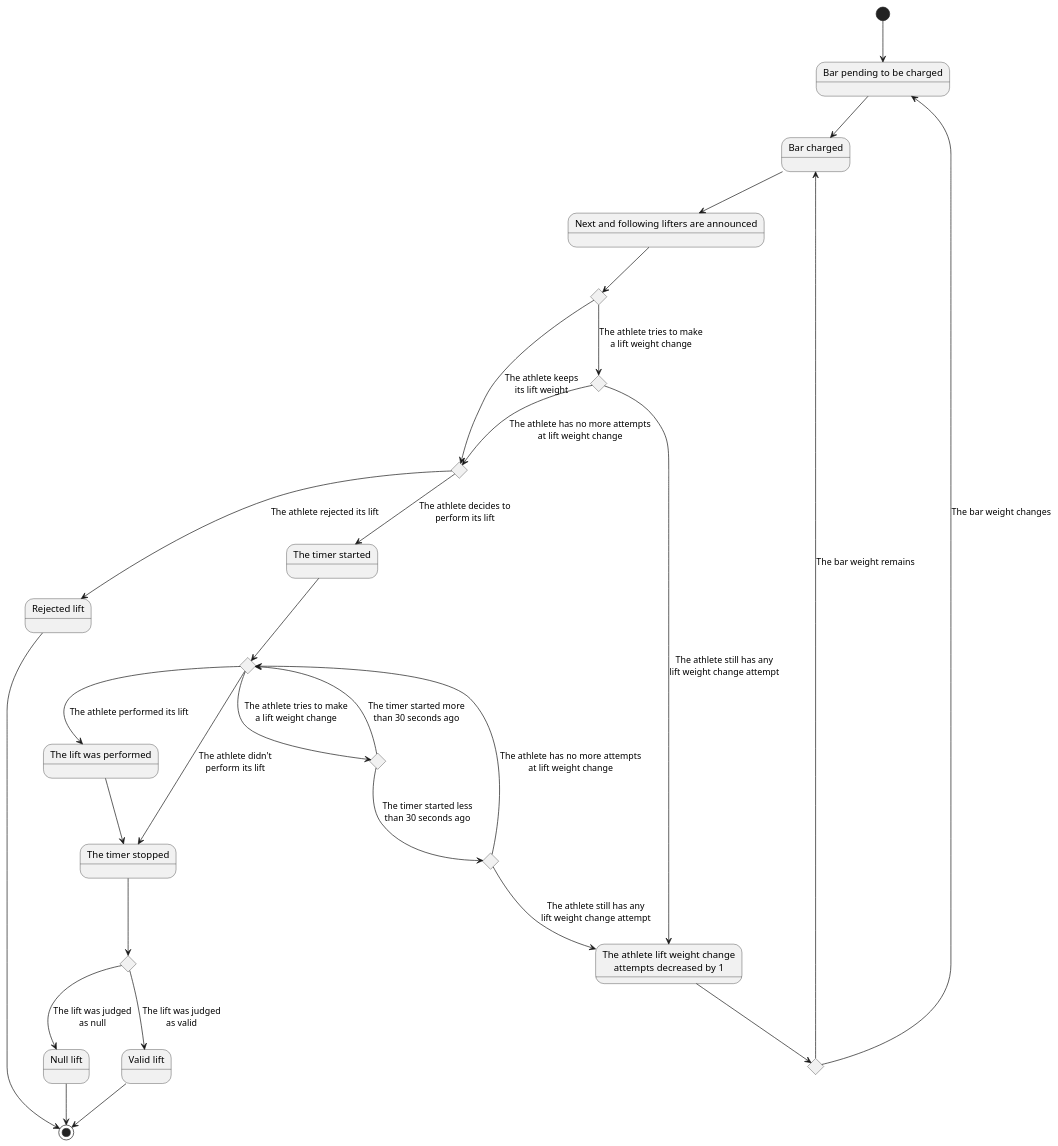
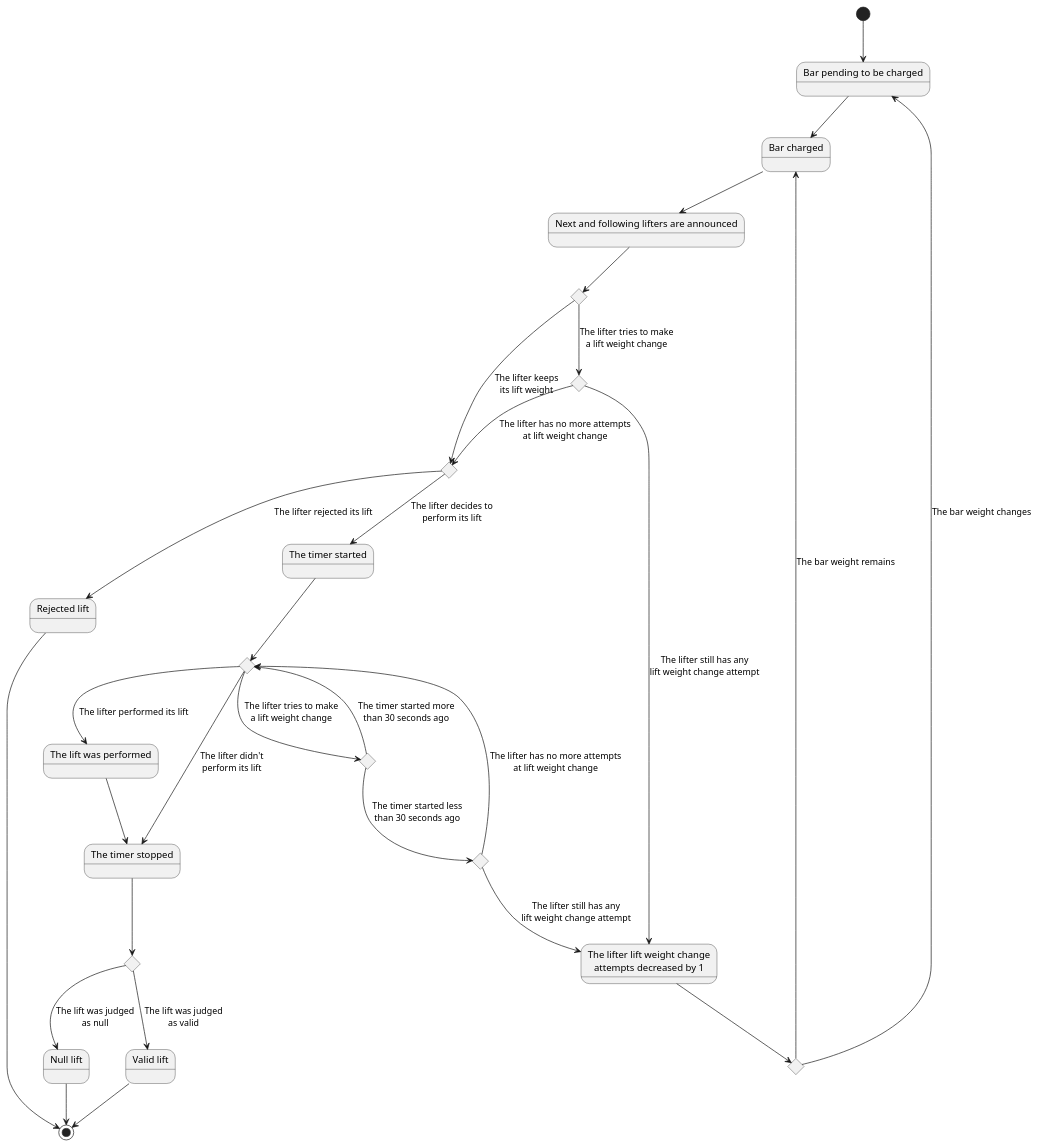
One commit to zuldare/mastercloud_pfm_halterocms changed the diagram in diagrams/states/3-iterationStates.puml. Above: the diagram before and after it, drawn with PlantUML.

Commit message:
Rename athletes to lifters

```diff
--- a/diagrams/states/3-iterationStates.puml
+++ b/diagrams/states/3-iterationStates.puml
@@ -1,88 +1,88 @@
 @startuml
 
 ''''''''''''''''''''''''''''''
 ''
 '' STATES AND CHOICES
 '' '' ''
 
 state "Bar pending to be charged" as BarPendingToBeCharged
 state "Bar charged" as ChargedBar 
 state "Next and following lifters are announced" as NextAndFollowingLiftersAnnounced
 
 state "Was there a change in the lift weight?" as ChangeInLiftWeightCHC <<choice>>
-state "Does the athlete have any lift weight change attempt?" as AnyChangeAttemptCHC <<choice>>
+state "Does the lifter have any lift weight change attempt?" as AnyChangeAttemptCHC <<choice>>
 
-state "The athlete lift weight change\nattempts decreased by 1" as AttemptsDecreased
+state "The lifter lift weight change\nattempts decreased by 1" as AttemptsDecreased
 state "Does the bar weight remain?" as BarWeightRemainsCHC <<choice>>
-state "Does the athlete decide to perform its lift?" as IsLiftGoingToBeRejectedCHC <<choice>>
+state "Does the lifter decide to perform its lift?" as IsLiftGoingToBeRejectedCHC <<choice>>
 
 state "The timer started" as TimerStarted
-state "Did the athlete perform its lift?" as WasLiftPerformedCHC <<choice>>
+state "Did the lifter perform its lift?" as WasLiftPerformedCHC <<choice>>
 state "Was there a change in the lift weight?" as ChangeInLiftWeightAfterTimerCHC <<choice>>
-state "Does the athlete have any lift weight change attempt?" as AnyChangeAttemptAfterTimerCHC <<choice>>
+state "Does the lifter have any lift weight change attempt?" as AnyChangeAttemptAfterTimerCHC <<choice>>
 
 state "The lift was performed" as LiftWasPerformed
 state "The timer stopped" as TimerStopped
 state "Rejected lift" as RejectedLift
 
 state "Was the lift valid?" as WasLiftValidCHC <<choice>>
 state "Valid lift" as ValidLift
 state "Null lift" as NullLift
 
 ''''''''''''''''''''''''''''''
 ''
 '' TRANSITIONS
 ''
 
 [*] --> BarPendingToBeCharged
 
 BarPendingToBeCharged --> ChargedBar
 ChargedBar --> NextAndFollowingLiftersAnnounced
 
 ''
-'' When athletes are announced:
+'' When lifters are announced:
 ''
 
 NextAndFollowingLiftersAnnounced --> ChangeInLiftWeightCHC
-ChangeInLiftWeightCHC --> AnyChangeAttemptCHC : The athlete tries to make\na lift weight change
-AnyChangeAttemptCHC --> IsLiftGoingToBeRejectedCHC : The athlete has no more attempts\nat lift weight change
-AnyChangeAttemptCHC --> AttemptsDecreased : The athlete still has any\nlift weight change attempt
+ChangeInLiftWeightCHC --> AnyChangeAttemptCHC : The lifter tries to make\na lift weight change
+AnyChangeAttemptCHC --> IsLiftGoingToBeRejectedCHC : The lifter has no more attempts\nat lift weight change
+AnyChangeAttemptCHC --> AttemptsDecreased : The lifter still has any\nlift weight change attempt
 
 AttemptsDecreased --> BarWeightRemainsCHC
 BarWeightRemainsCHC --> ChargedBar : The bar weight remains
 BarWeightRemainsCHC --> BarPendingToBeCharged : The bar weight changes
 
-ChangeInLiftWeightCHC --> IsLiftGoingToBeRejectedCHC : The athlete keeps\nits lift weight
-IsLiftGoingToBeRejectedCHC --> TimerStarted : The athlete decides to\nperform its lift
-IsLiftGoingToBeRejectedCHC --> RejectedLift : The athlete rejected its lift
+ChangeInLiftWeightCHC --> IsLiftGoingToBeRejectedCHC : The lifter keeps\nits lift weight
+IsLiftGoingToBeRejectedCHC --> TimerStarted : The lifter decides to\nperform its lift
+IsLiftGoingToBeRejectedCHC --> RejectedLift : The lifter rejected its lift
 RejectedLift --> [*]
 
 ''
 '' When timer started:
 ''
 
 TimerStarted --> WasLiftPerformedCHC
-WasLiftPerformedCHC --> LiftWasPerformed : The athlete performed its lift
-WasLiftPerformedCHC --> TimerStopped : The athlete didn't\nperform its lift
-WasLiftPerformedCHC --> ChangeInLiftWeightAfterTimerCHC : The athlete tries to make\na lift weight change
+WasLiftPerformedCHC --> LiftWasPerformed : The lifter performed its lift
+WasLiftPerformedCHC --> TimerStopped : The lifter didn't\nperform its lift
+WasLiftPerformedCHC --> ChangeInLiftWeightAfterTimerCHC : The lifter tries to make\na lift weight change
 
 ChangeInLiftWeightAfterTimerCHC --> WasLiftPerformedCHC : The timer started more\nthan 30 seconds ago
 ChangeInLiftWeightAfterTimerCHC --> AnyChangeAttemptAfterTimerCHC : The timer started less\nthan 30 seconds ago
 
-AnyChangeAttemptAfterTimerCHC --> WasLiftPerformedCHC : The athlete has no more attempts\nat lift weight change
-AnyChangeAttemptAfterTimerCHC --> AttemptsDecreased : The athlete still has any\nlift weight change attempt
+AnyChangeAttemptAfterTimerCHC --> WasLiftPerformedCHC : The lifter has no more attempts\nat lift weight change
+AnyChangeAttemptAfterTimerCHC --> AttemptsDecreased : The lifter still has any\nlift weight change attempt
 
 LiftWasPerformed --> TimerStopped
 
 ''
 '' When time is over:
 ''
 
 TimerStopped --> WasLiftValidCHC
 WasLiftValidCHC --> ValidLift : The lift was judged\nas valid
 WasLiftValidCHC --> NullLift : The lift was judged\nas null
 
 ValidLift --> [*]
 NullLift --> [*]
 
 @enduml
```
